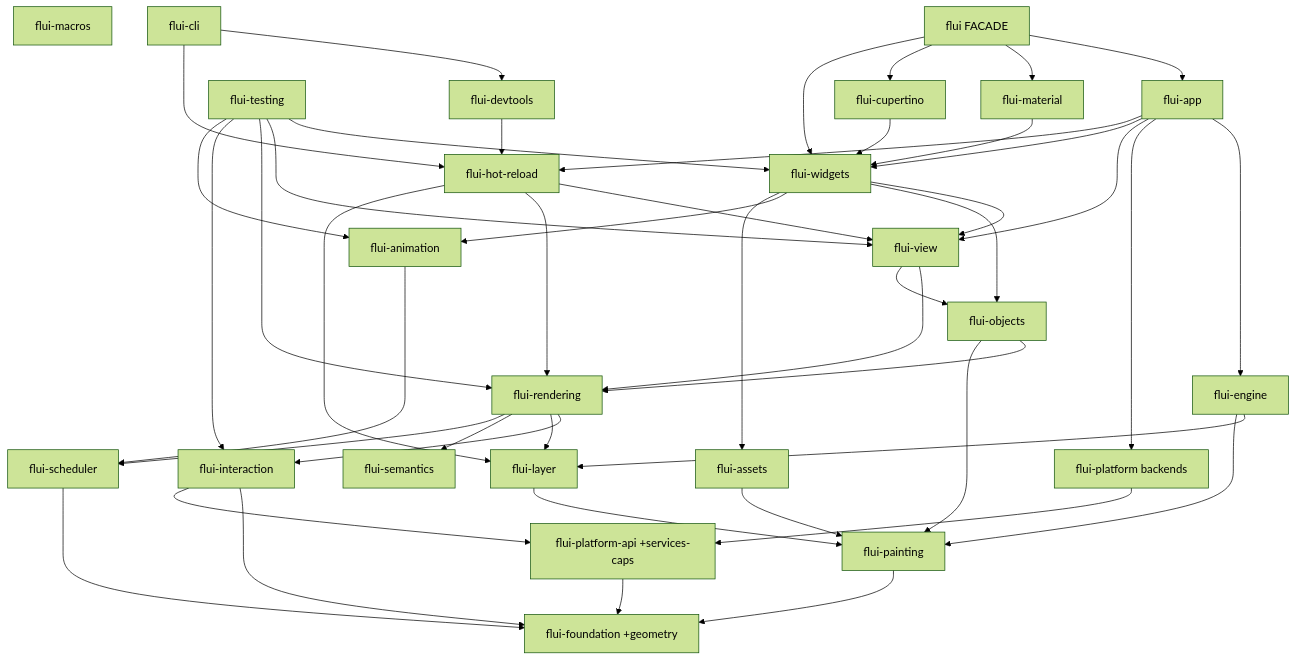
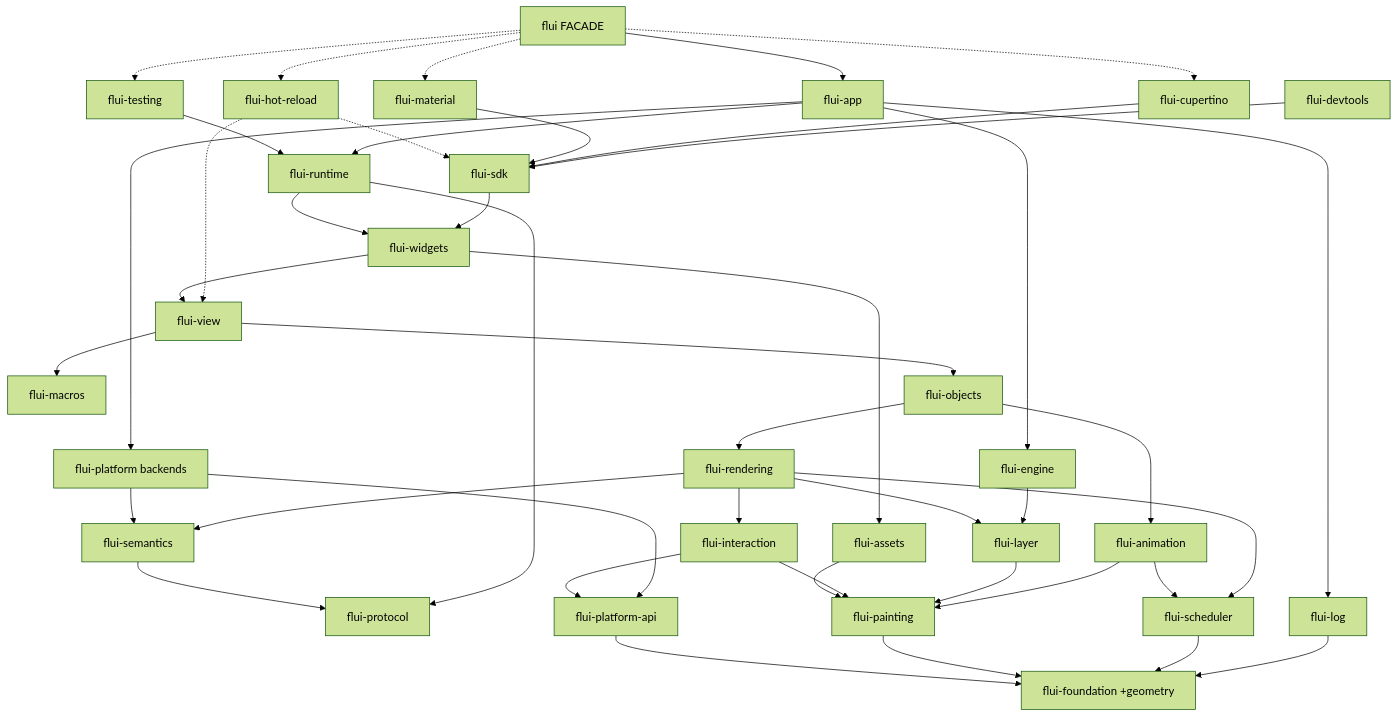
One commit to vanyastaff/flui changed the diagram in docs/FOUNDATIONS.md. Above: the diagram before and after it, drawn with Mermaid (forest theme). The commit also changed other lines of this file and 3 other files, not shown here.

First line of the commit message:
docs: architecture, foundations, roadmap and beta match the code

````diff
--- a/docs/FOUNDATIONS.md
+++ b/docs/FOUNDATIONS.md
@@ -164,73 +166,73 @@
 ```mermaid
 graph TD
     foundation[flui-foundation +geometry]
     macros[flui-macros]
-    platformapi[flui-platform-api +services-caps]
-    platform[flui-platform backends]
+    protocol[flui-protocol]
+    platformapi[flui-platform-api]
+    log[flui-log]
     scheduler[flui-scheduler]
     painting[flui-painting]
     interaction[flui-interaction]
     assets[flui-assets]
     semantics[flui-semantics]
     layer[flui-layer]
     animation[flui-animation]
-    engine[flui-engine]
+    platform[flui-platform backends]
     rendering[flui-rendering]
     objects[flui-objects]
+    engine[flui-engine]
     view[flui-view]
-    devtools[flui-devtools]
-    cli[flui-cli]
+    widgets[flui-widgets]
+    runtime[flui-runtime]
+    sdk[flui-sdk]
+    testing[flui-testing]
     hotreload[flui-hot-reload]
-    widgets[flui-widgets]
-    testing[flui-testing]
     material[flui-material]
     cupertino[flui-cupertino]
+    devtools[flui-devtools]
     app[flui-app]
     facade[flui FACADE]
 
     platformapi --> foundation
-    platform --> platformapi
+    painting --> foundation
     scheduler --> foundation
-    painting --> foundation
-    interaction --> foundation
+    log --> foundation
+    assets --> painting
+    interaction --> painting
     interaction --> platformapi
-    assets --> painting
+    semantics --> protocol
     layer --> painting
     animation --> scheduler
-    engine --> layer
-    engine --> painting
+    animation --> painting
+    platform --> platformapi
+    platform --> semantics
     rendering --> interaction
     rendering --> layer
     rendering --> semantics
     rendering --> scheduler
     objects --> rendering
-    objects --> painting
-    view --> rendering
+    objects --> animation
+    engine --> layer
     view --> objects
+    view --> macros
     widgets --> view
-    widgets --> objects
-    widgets --> animation
     widgets --> assets
-    testing --> widgets
-    testing --> view
-    testing --> rendering
-    testing --> interaction
-    testing --> animation
-    hotreload --> view
-    hotreload --> rendering
-    hotreload --> layer
-    material --> widgets
-    cupertino --> widgets
+    runtime --> widgets
+    runtime --> protocol
+    sdk --> widgets
+    testing --> runtime
+    hotreload -.-> view
+    hotreload -.-> sdk
+    material --> sdk
+    cupertino --> sdk
+    devtools --> sdk
+    app --> runtime
     app --> engine
     app --> platform
-    app --> view
-    app --> widgets
-    app --> hotreload
-    devtools --> hotreload
-    cli --> devtools
-    cli --> hotreload
+    app --> log
     facade --> app
-    facade --> material
-    facade --> cupertino
-    facade --> widgets
+    facade -.-> material
+    facade -.-> cupertino
+    facade -.-> hotreload
+    facade -.-> testing
 ```
````
